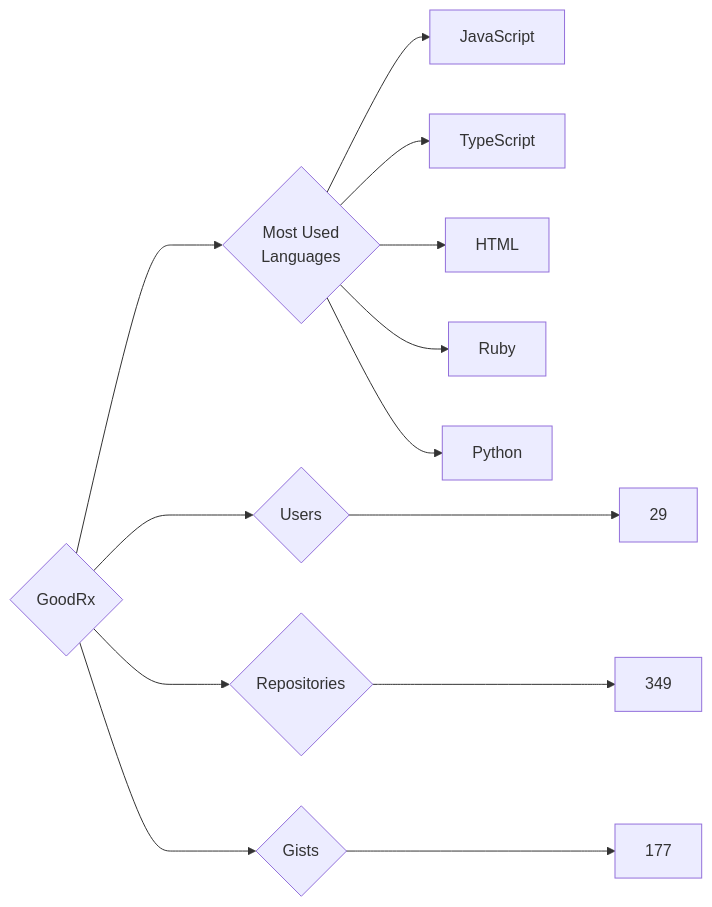
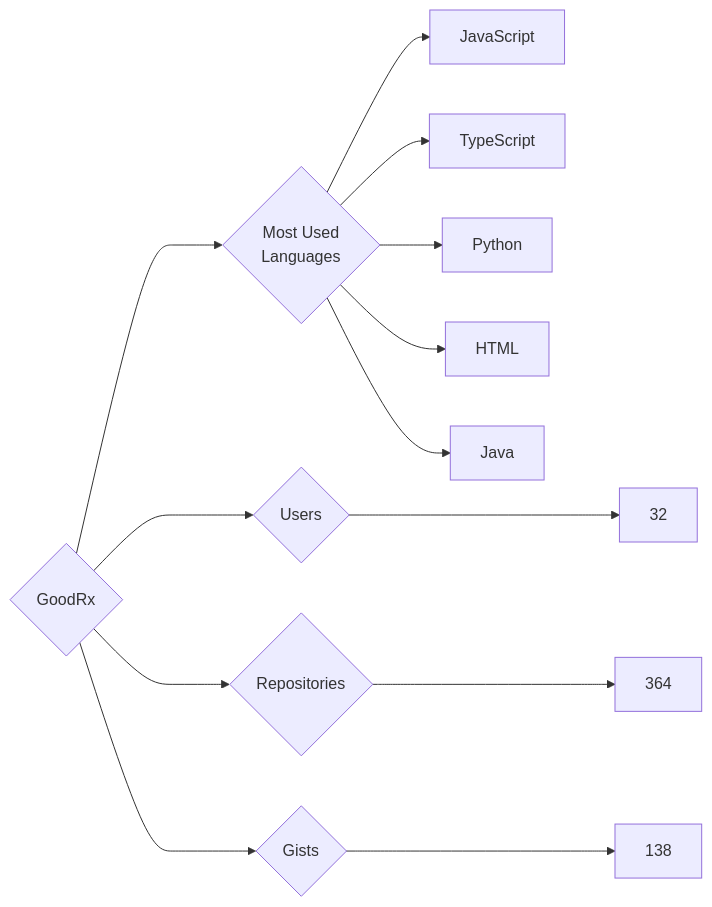
Before and after one commit to trickest/insiders: the diagram in targets/GoodRx/README.md, drawn with Mermaid. The commit also changed 1314 other files, not shown here.

````diff
--- a/targets/GoodRx/README.md
+++ b/targets/GoodRx/README.md
@@ -3,13 +3,13 @@
 ```mermaid
 graph LR
 COMPANY_NAME{GoodRx}
-COMPANY_NAME ---> U{Users} ---> UN[29]
-COMPANY_NAME ---> R{Repositories} ---> RN[349]
-COMPANY_NAME ---> G{Gists} ---> GN[177]
+COMPANY_NAME ---> U{Users} ---> UN[32]
+COMPANY_NAME ---> R{Repositories} ---> RN[364]
+COMPANY_NAME ---> G{Gists} ---> GN[138]
 COMPANY_NAME ---> ML{Most Used<br>Languages}
 ML --> JavaScript[JavaScript]
 ML --> TypeScript[TypeScript]
+ML --> Python[Python]
 ML --> HTML[HTML]
-ML --> Ruby[Ruby]
-ML --> Python[Python]
+ML --> Java[Java]
 ```
````
